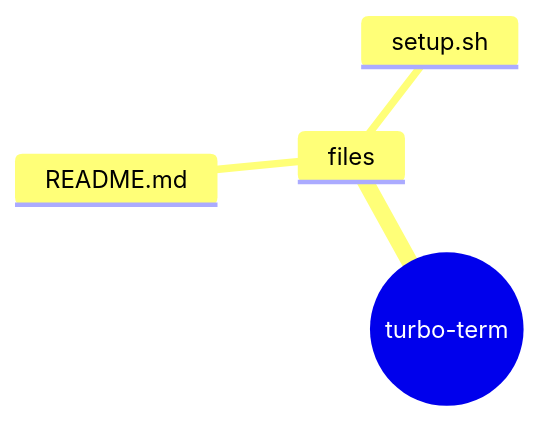
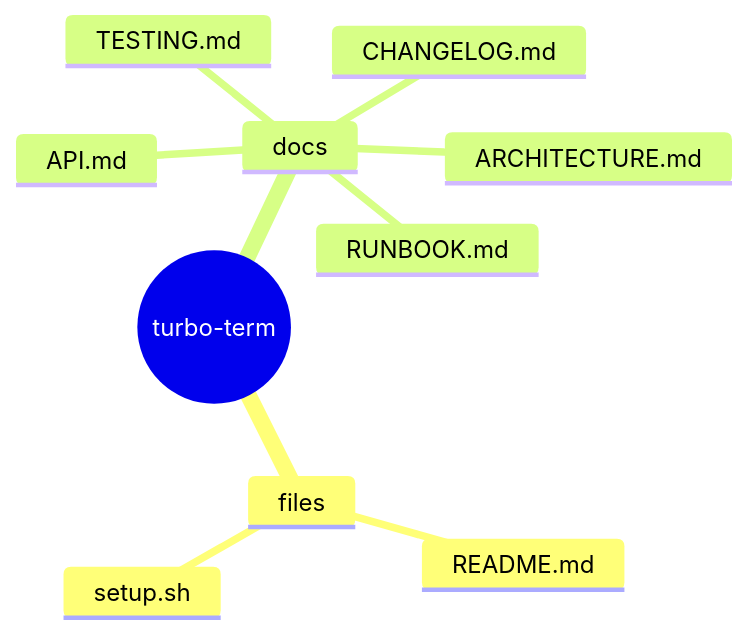
One commit to ml-lubich/turbo-term changed the fourth of 5 diagrams in README.md. Above: the diagram before and after it, drawn with Mermaid. The commit also changed other lines of this file and 6 other files, not shown here.

````diff
--- a/README.md
+++ b/README.md
@@ -128,7 +139,13 @@
 ```mermaid
 mindmap
   root((turbo-term))
     files
       README.md
       setup.sh
+    docs
+      ARCHITECTURE.md
+      API.md
+      TESTING.md
+      RUNBOOK.md
+      CHANGELOG.md
 ```
````
